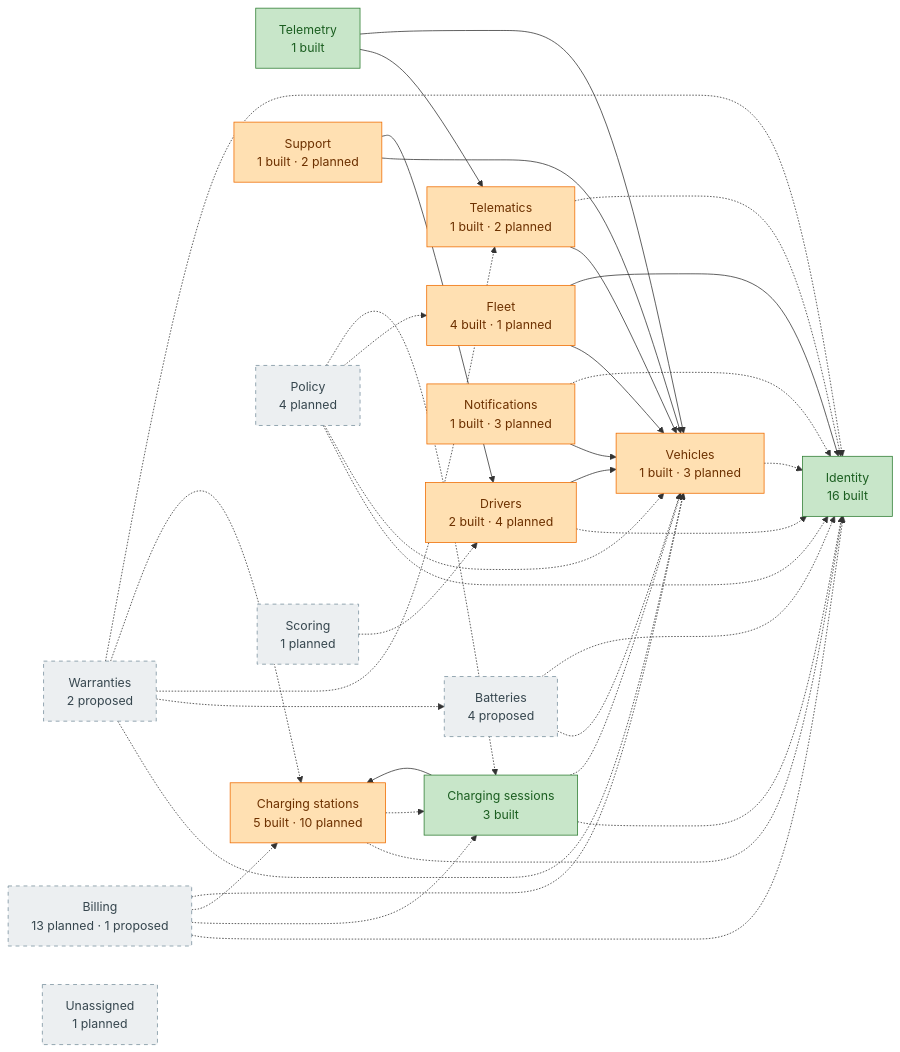
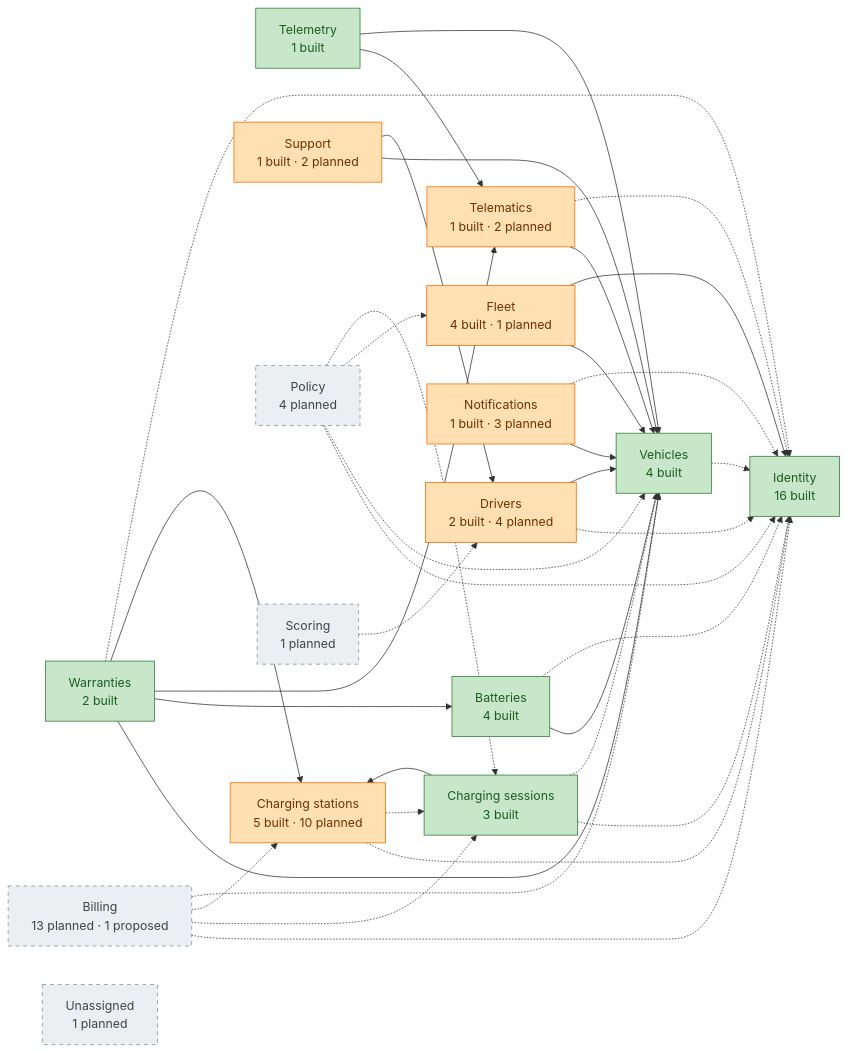
Before and after one commit to yolo-coccoc/G3Network-app: the diagram in docs/design/domain-model/overview.md, drawn with Mermaid. The commit also changed other lines of this file and 42 other files, not shown here.

First line of the commit message:
feat(vehicles): build vehicles, models, batteries and warranties (WP1)

````diff
--- a/docs/design/domain-model/overview.md
+++ b/docs/design/domain-model/overview.md
@@ -28,56 +28,56 @@
 ```mermaid
 flowchart LR
   identity["Identity<br/>16 built"]:::built
-  vehicles["Vehicles<br/>1 built · 3 planned"]:::partial
-  batteries["Batteries<br/>4 proposed"]:::planned
-  warranties["Warranties<br/>2 proposed"]:::planned
+  vehicles["Vehicles<br/>4 built"]:::built
+  batteries["Batteries<br/>4 built"]:::built
+  warranties["Warranties<br/>2 built"]:::built
   telematics["Telematics<br/>1 built · 2 planned"]:::partial
   telemetry["Telemetry<br/>1 built"]:::built
   drivers["Drivers<br/>2 built · 4 planned"]:::partial
   fleet["Fleet<br/>4 built · 1 planned"]:::partial
   charging_stations["Charging stations<br/>5 built · 10 planned"]:::partial
   charging_sessions["Charging sessions<br/>3 built"]:::built
   notifications["Notifications<br/>1 built · 3 planned"]:::partial
   support["Support<br/>1 built · 2 planned"]:::partial
   policy["Policy<br/>4 planned"]:::planned
   billing["Billing<br/>13 planned · 1 proposed"]:::planned
   scoring["Scoring<br/>1 planned"]:::planned
   unassigned["Unassigned<br/>1 planned"]:::planned
-  batteries -.-> vehicles
-  warranties -.-> vehicles
-  warranties -.-> batteries
-  warranties -.-> telematics
-  warranties -.-> charging_stations
+  batteries --> vehicles
+  warranties --> vehicles
+  warranties --> batteries
+  warranties --> telematics
+  warranties --> charging_stations
   telematics --> vehicles
   telemetry --> telematics
   telemetry --> vehicles
   drivers -.-> identity
   drivers --> vehicles
   fleet --> vehicles
   fleet --> identity
   charging_stations -.-> identity
   charging_stations -.-> charging_sessions
   charging_sessions --> charging_stations
   charging_sessions -.-> identity
   charging_sessions -.-> vehicles
   notifications --> vehicles
   notifications -.-> identity
   support --> vehicles
   support --> drivers
   policy -.-> identity
   policy -.-> vehicles
   policy -.-> fleet
   policy -.-> charging_sessions
   billing -.-> identity
   billing -.-> charging_sessions
   billing -.-> charging_stations
   billing -.-> vehicles
   scoring -.-> drivers
   vehicles -.-> identity
   batteries -.-> identity
   warranties -.-> identity
   telematics -.-> identity
   classDef built fill:#C8E6C9,stroke:#2E7D32,color:#1B5E20
   classDef partial fill:#FFE0B2,stroke:#EF6C00,color:#6D3100
   classDef planned fill:#ECEFF1,stroke:#78909C,color:#37474F,stroke-dasharray:5 5
 ```
````
